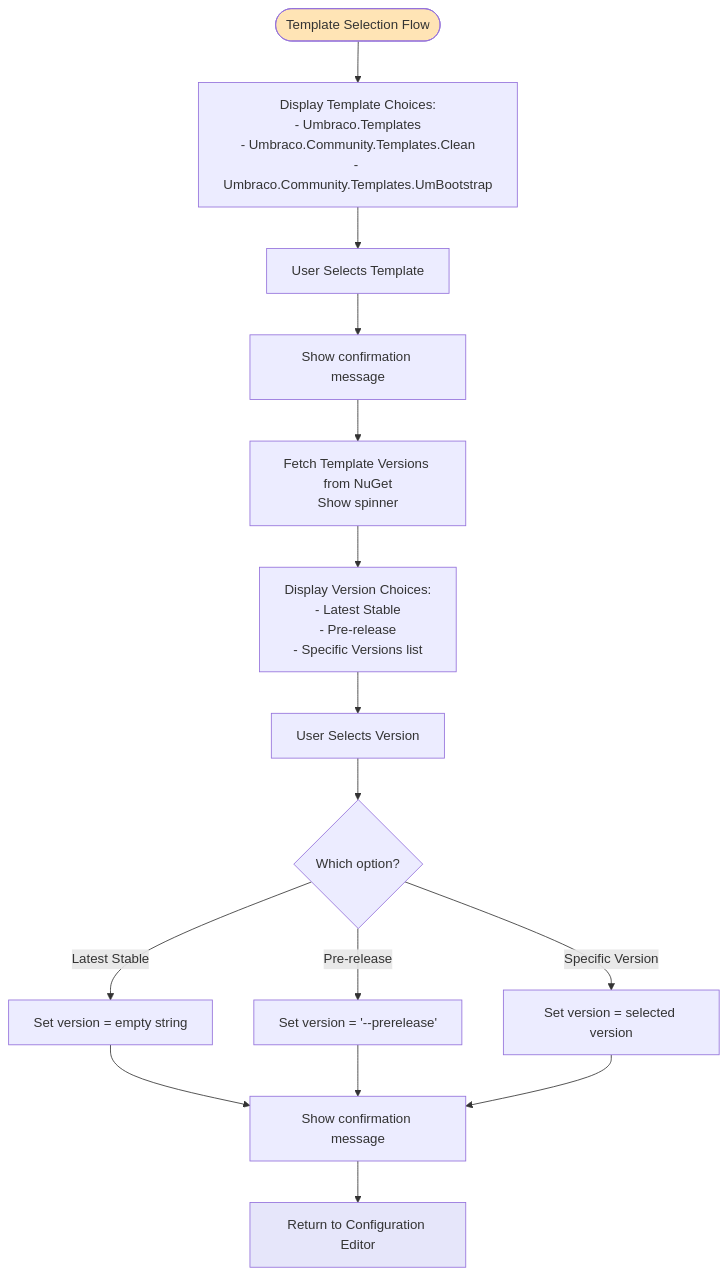
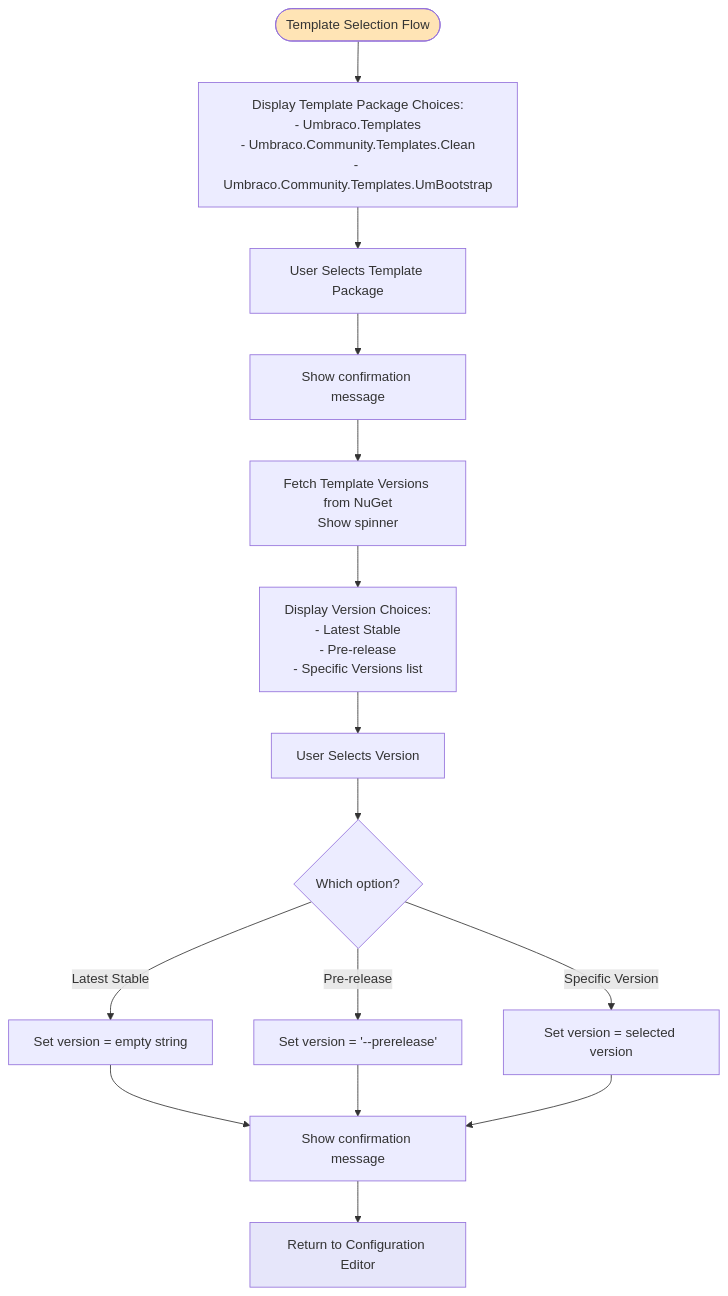
Before and after one commit to prjseal/Package-Script-Writer: the fourth of 8 diagrams in CLI-Interactive-Mode-Flow.md, drawn with Mermaid. The commit also changed other lines of this file and 1 other file, not shown here.

First line of the commit message:
Update documentation for --template-package CLI flag

````diff
--- a/CLI-Interactive-Mode-Flow.md
+++ b/CLI-Interactive-Mode-Flow.md
@@ -181,27 +181,27 @@
 ```mermaid
 flowchart TD
-    Start([Template Selection Flow]) --> ShowTemplates[Display Template Choices:<br/>- Umbraco.Templates<br/>- Umbraco.Community.Templates.Clean<br/>- Umbraco.Community.Templates.UmBootstrap]
+    Start([Template Selection Flow]) --> ShowTemplates[Display Template Package Choices:<br/>- Umbraco.Templates<br/>- Umbraco.Community.Templates.Clean<br/>- Umbraco.Community.Templates.UmBootstrap]
 
-    ShowTemplates --> SelectTemplate[User Selects Template]
+    ShowTemplates --> SelectTemplate[User Selects Template Package]
     SelectTemplate --> ConfirmTemplate[Show confirmation message]
 
     ConfirmTemplate --> FetchVersions[Fetch Template Versions from NuGet<br/>Show spinner]
 
     FetchVersions --> ShowVersions[Display Version Choices:<br/>- Latest Stable<br/>- Pre-release<br/>- Specific Versions list]
 
     ShowVersions --> SelectVersion[User Selects Version]
 
     SelectVersion --> MapVersion{Which option?}
     MapVersion -->|Latest Stable| SetEmpty[Set version = empty string]
     MapVersion -->|Pre-release| SetPrerelease[Set version = '--prerelease']
     MapVersion -->|Specific Version| SetSpecific[Set version = selected version]
 
     SetEmpty --> ConfirmVersion[Show confirmation message]
     SetPrerelease --> ConfirmVersion
     SetSpecific --> ConfirmVersion
 
     ConfirmVersion --> Return[Return to Configuration Editor]
 
     style Start fill:#FFE4B5
     style Return fill:#E6E6FA
 ```
````
